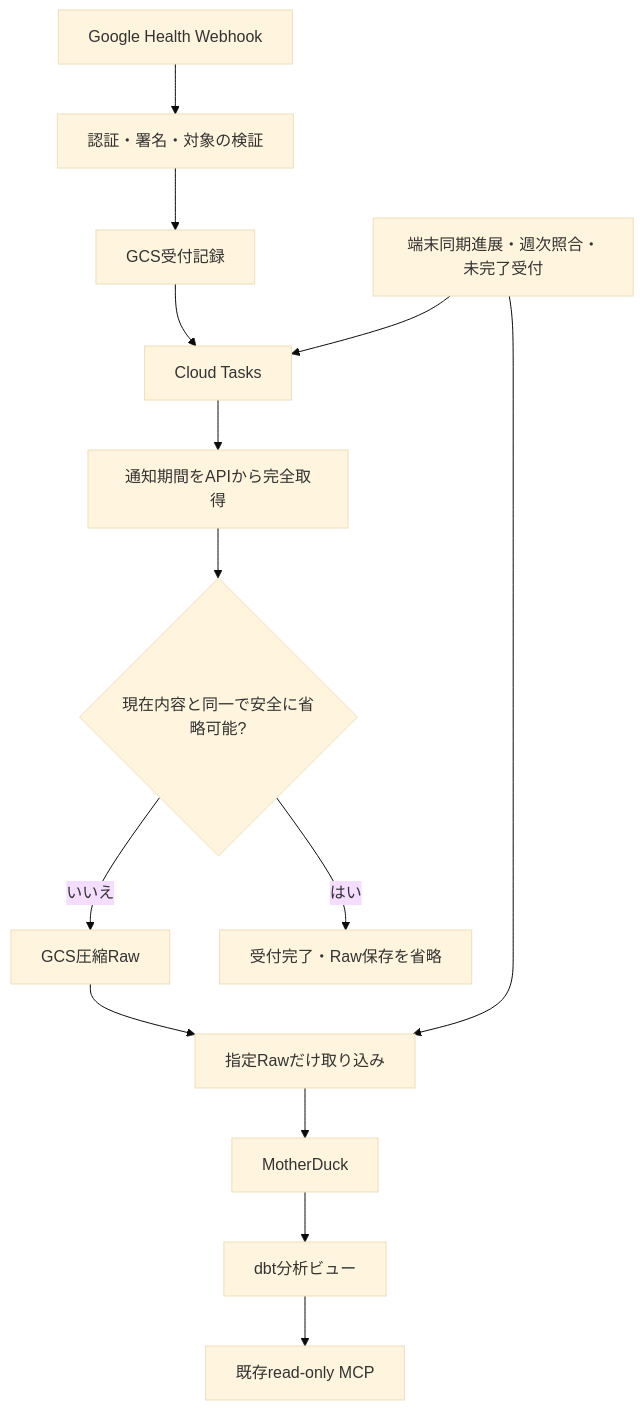
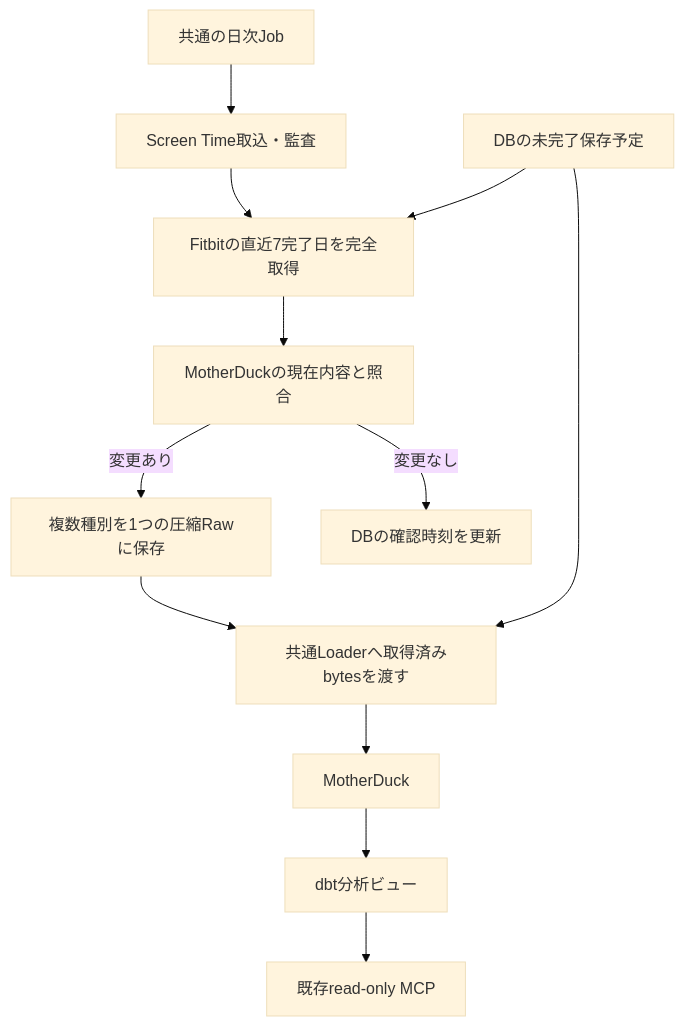
Before and after one commit to binbianlong/personal-data-platform: the diagram in docs/sources/fitbit/README.md, drawn with Mermaid (base theme). The commit also changed other lines of this file and 37 other files, not shown here.

````diff
--- a/docs/sources/fitbit/README.md
+++ b/docs/sources/fitbit/README.md
@@ -6,16 +6,14 @@
 ```mermaid
 flowchart TD
-    H[Google Health Webhook] --> R[認証・署名・対象の検証]
-    R --> P[GCS受付記録]
-    P --> Q[Cloud Tasks]
-    Q --> W[通知期間をAPIから完全取得]
-    W --> D{現在内容と同一で安全に省略可能?}
-    D -->|いいえ| G[GCS圧縮Raw]
-    D -->|はい| S[受付完了・Raw保存を省略]
-    G --> L[指定Rawだけ取り込み]
+    J[共通の日次Job] --> S[Screen Time取込・監査]
+    S --> F[Fitbitの直近7完了日を完全取得]
+    F --> D[MotherDuckの現在内容と照合]
+    D -->|変更あり| G[複数種別を1つの圧縮Rawに保存]
+    D -->|変更なし| C[DBの確認時刻を更新]
+    G --> L[共通Loaderへ取得済みbytesを渡す]
     L --> M[MotherDuck]
-    C[端末同期進展・週次照合・未完了受付] --> Q
-    C --> L
     M --> V[dbt分析ビュー]
     V --> A[既存read-only MCP]
+    P[DBの未完了保存予定] --> F
+    P --> L
 ```
````
